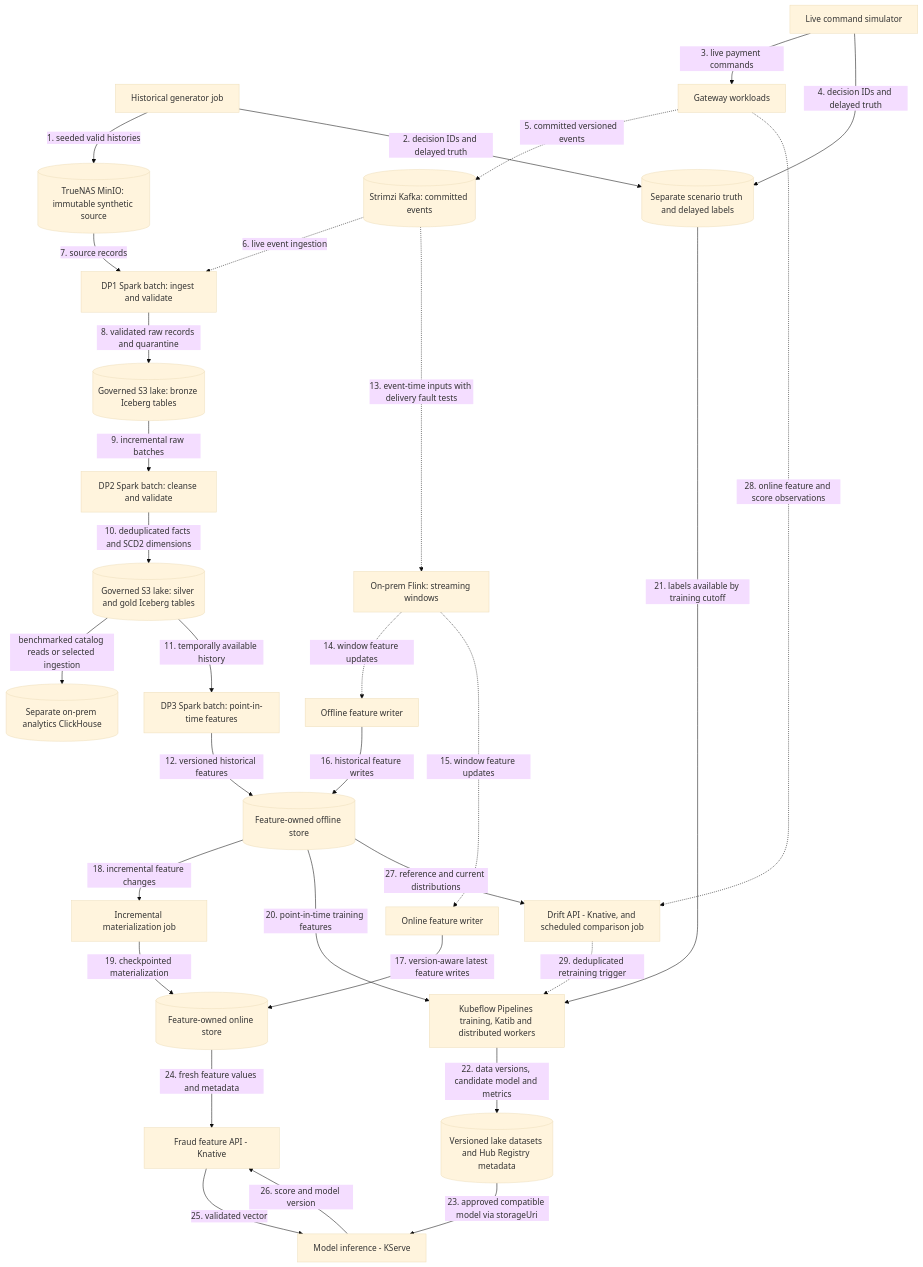
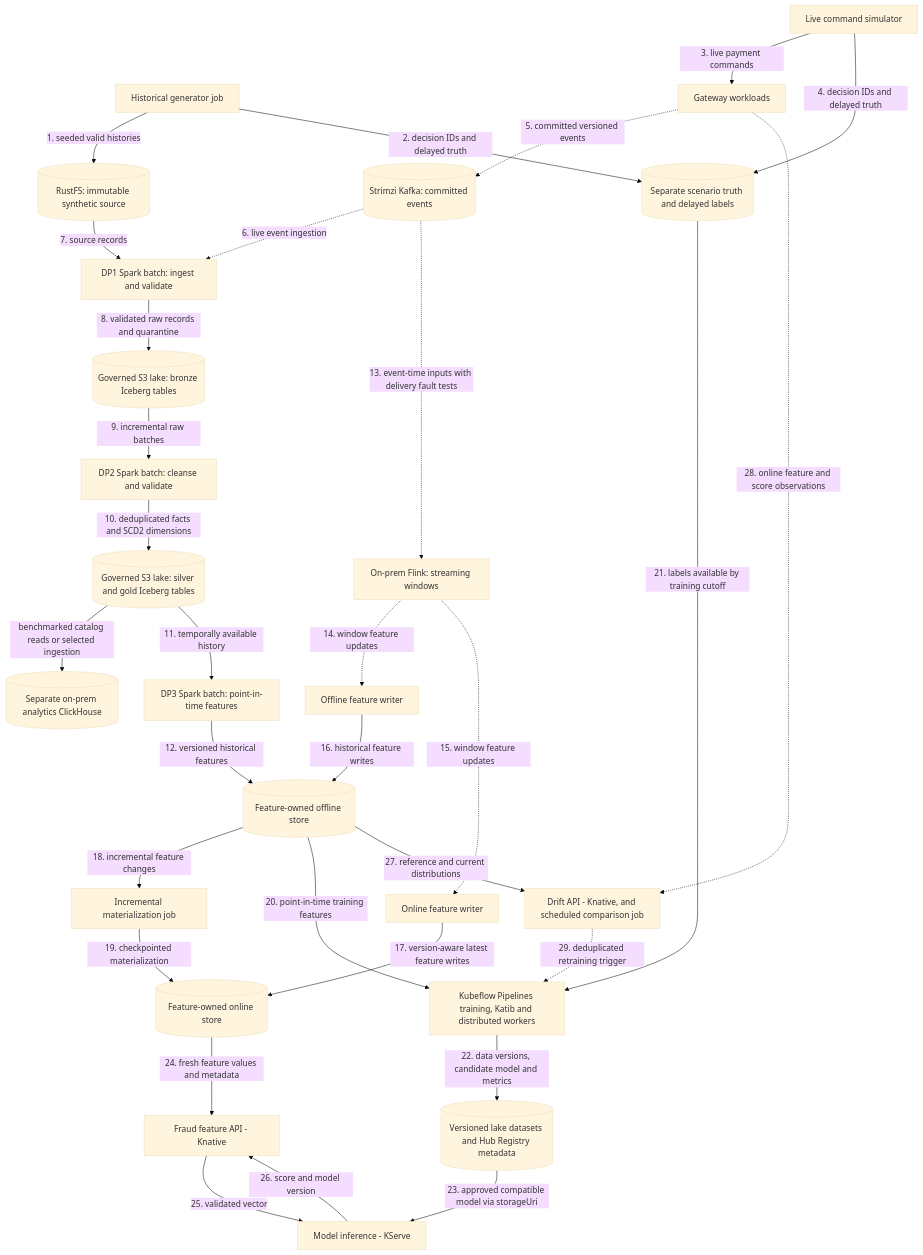
One commit to phuchoang2603/realtime-credit-card-fraud-detection changed the diagram in docs/architecture/data-ml-flows.md. Above: the diagram before and after it, drawn with Mermaid (base theme). The commit also changed other lines of this file and 79 other files, not shown here.

````diff
--- a/docs/architecture/data-ml-flows.md
+++ b/docs/architecture/data-ml-flows.md
@@ -9,56 +9,56 @@
 ```mermaid
 flowchart TB
     H["Historical generator job"]
     L["Live command simulator"]
     G["Gateway workloads"]
     T[("Separate scenario truth and delayed labels")]
-    S[("TrueNAS MinIO: immutable synthetic source")]
+    S[("RustFS: immutable synthetic source")]
     Q[("Strimzi Kafka: committed events")]
     D1["DP1 Spark batch: ingest and validate"]
     B[("Governed S3 lake: bronze Iceberg tables")]
     D2["DP2 Spark batch: cleanse and validate"]
     C[("Governed S3 lake: silver and gold Iceberg tables")]
     CH[("Separate on-prem analytics ClickHouse")]
     D3["DP3 Spark batch: point-in-time features"]
     O[("Feature-owned offline store")]
     W["On-prem Flink: streaming windows"]
     WO["Offline feature writer"]
     WN["Online feature writer"]
     N[("Feature-owned online store")]
     MT["Incremental materialization job"]
     TR["Kubeflow Pipelines training, Katib and distributed workers"]
     MR[("Versioned lake datasets and Hub Registry metadata")]
     F["Fraud feature API - Knative"]
     I["Model inference - KServe"]
     D["Drift API - Knative, and scheduled comparison job"]
     H -->|"1. seeded valid histories"| S
     H -->|"2. decision IDs and delayed truth"| T
     L -->|"3. live payment commands"| G
     L -->|"4. decision IDs and delayed truth"| T
     G -.->|"5. committed versioned events"| Q
     Q -.->|"6. live event ingestion"| D1
     S -->|"7. source records"| D1
     D1 -->|"8. validated raw records and quarantine"| B
     B -->|"9. incremental raw batches"| D2
     D2 -->|"10. deduplicated facts and SCD2 dimensions"| C
     C -->|"benchmarked catalog reads or selected ingestion"| CH
     C -->|"11. temporally available history"| D3
     D3 -->|"12. versioned historical features"| O
     Q -.->|"13. event-time inputs with delivery fault tests"| W
     W -.->|"14. window feature updates"| WO
     W -.->|"15. window feature updates"| WN
     WO -->|"16. historical feature writes"| O
     WN -->|"17. version-aware latest feature writes"| N
     O -->|"18. incremental feature changes"| MT
     MT -->|"19. checkpointed materialization"| N
     O -->|"20. point-in-time training features"| TR
     T -->|"21. labels available by training cutoff"| TR
     TR -->|"22. data versions, candidate model and metrics"| MR
     MR -->|"23. approved compatible model via storageUri"| I
     N -->|"24. fresh feature values and metadata"| F
     F -->|"25. validated vector"| I
     I -->|"26. score and model version"| F
     O -->|"27. reference and current distributions"| D
     G -.->|"28. online feature and score observations"| D
     D -.->|"29. deduplicated retraining trigger"| TR
 ```
````
